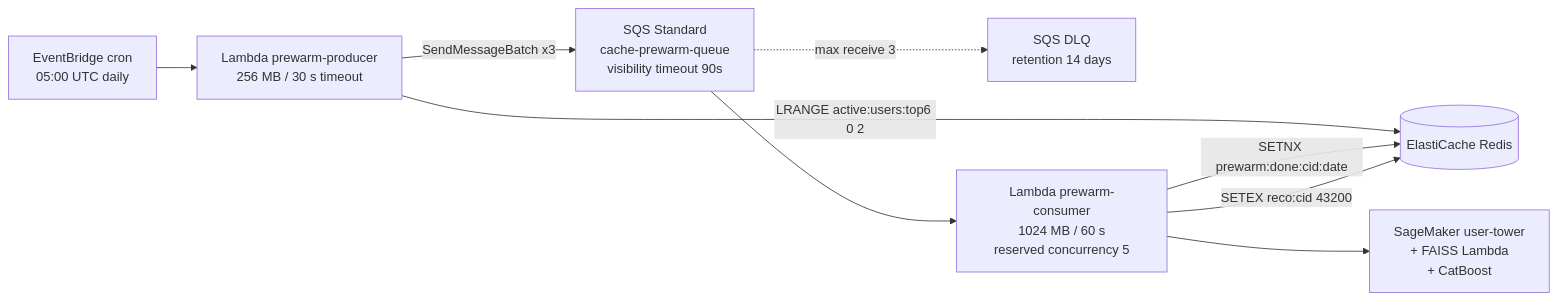
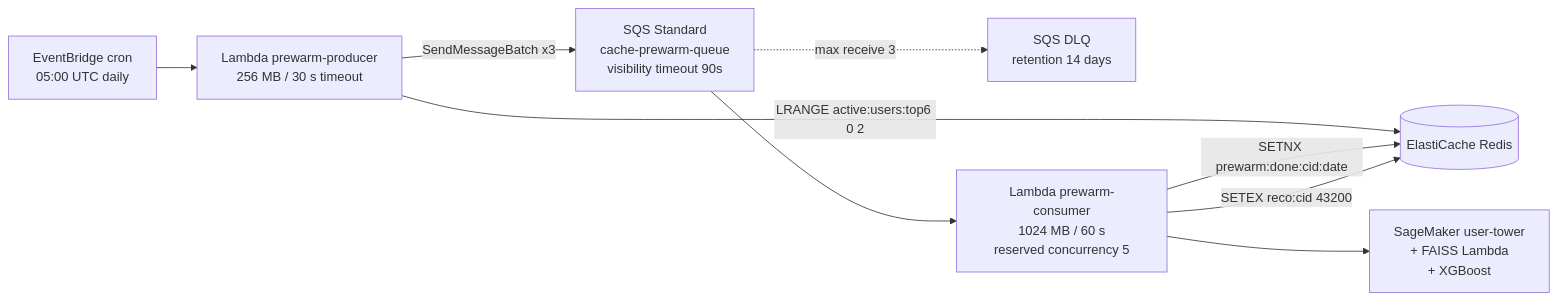
One commit to rahulvansh66/fashion-recommendation-system changed the seventh of 8 diagrams in docs/system-design/v1/v1-hld.md. Above: the diagram before and after it, drawn with Mermaid. The commit also changed other lines of this file and 144 other files, not shown here.

````diff
--- a/docs/system-design/v1/v1-hld.md
+++ b/docs/system-design/v1/v1-hld.md
@@ -668,19 +678,19 @@
 ```mermaid
 flowchart LR
     eb[EventBridge cron\n05:00 UTC daily]
     producer["Lambda prewarm-producer\n256 MB / 30 s timeout"]
     queue[SQS Standard\ncache-prewarm-queue\nvisibility timeout 90s]
     dlq[SQS DLQ\nretention 14 days]
     consumer["Lambda prewarm-consumer\n1024 MB / 60 s\nreserved concurrency 5"]
     redis[(ElastiCache Redis)]
-    sm["SageMaker user-tower\n+ FAISS Lambda\n+ CatBoost"]
+    sm["SageMaker user-tower\n+ FAISS Lambda\n+ XGBoost"]
 
     eb --> producer
     producer -->|LRANGE active:users:top6 0 2| redis
     producer -->|SendMessageBatch x3| queue
     queue --> consumer
     queue -.->|max receive 3| dlq
     consumer -->|SETNX prewarm:done:cid:date| redis
     consumer --> sm
     consumer -->|SETEX reco:cid 43200| redis
 ```
````
